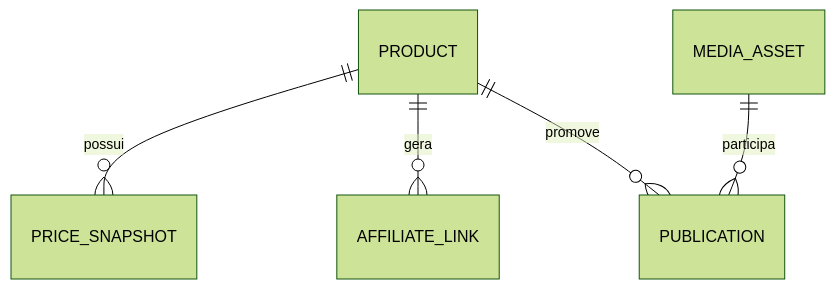
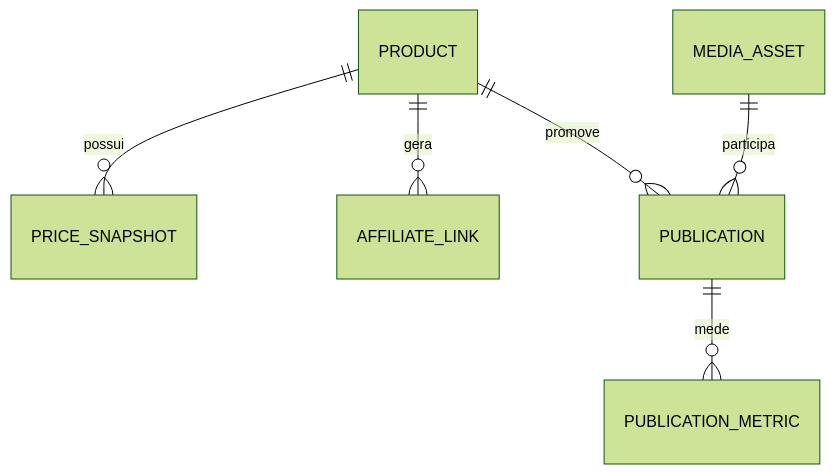
Before and after one commit to PedroHenrique2107/afflix-platform: the diagram in docs/04-PRISMA-DADOS-E-MIGRACOES.md, drawn with Mermaid (forest theme). The commit also changed other lines of this file and 3 other files, not shown here.

````diff
--- a/docs/04-PRISMA-DADOS-E-MIGRACOES.md
+++ b/docs/04-PRISMA-DADOS-E-MIGRACOES.md
@@ -7,7 +7,8 @@
 ```mermaid
 erDiagram
  PRODUCT ||--o{ PRICE_SNAPSHOT : possui
  PRODUCT ||--o{ AFFILIATE_LINK : gera
  PRODUCT ||--o{ PUBLICATION : promove
  MEDIA_ASSET ||--o{ PUBLICATION : participa
+ PUBLICATION ||--o{ PUBLICATION_METRIC : mede
 ```
````
